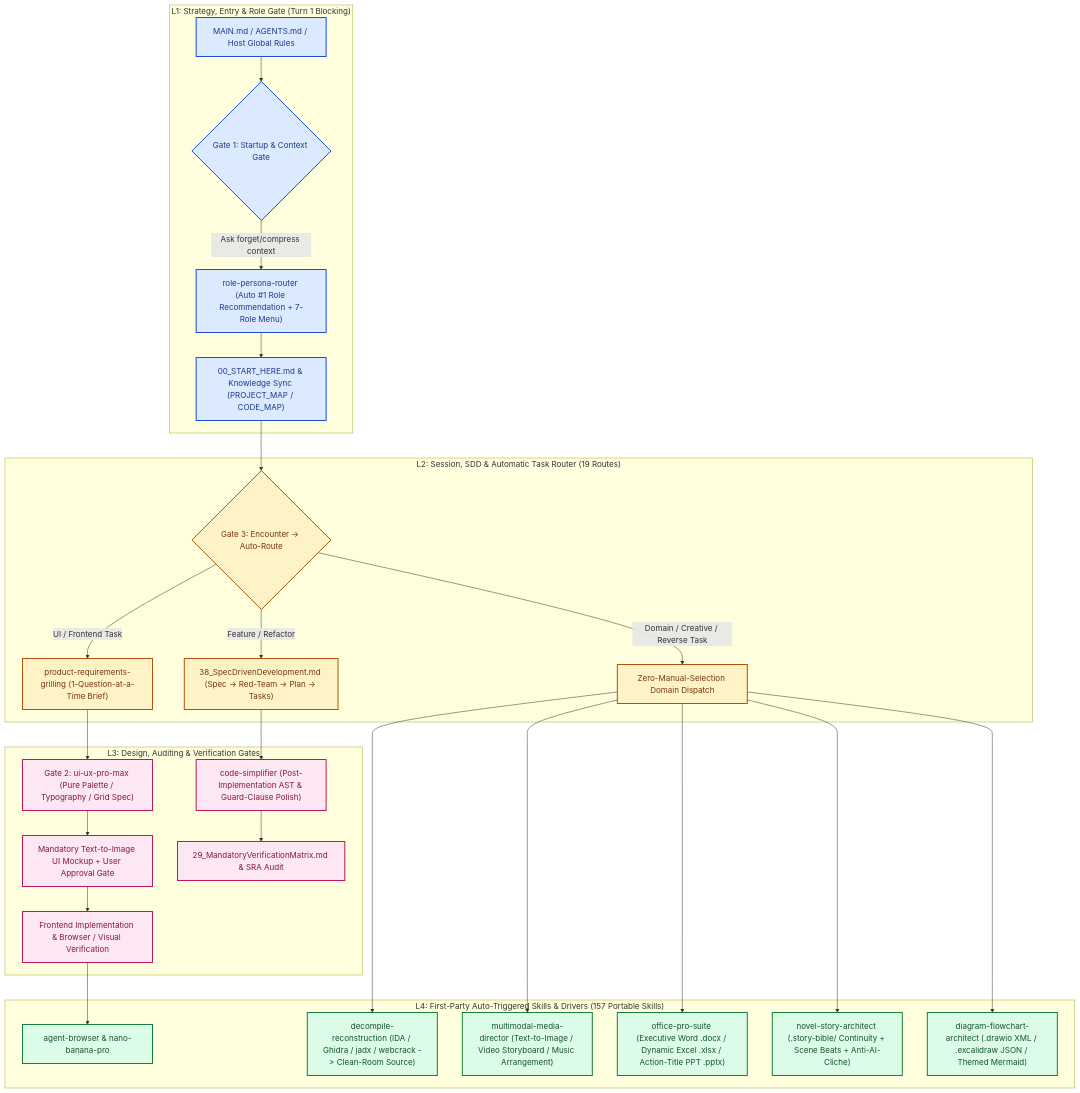
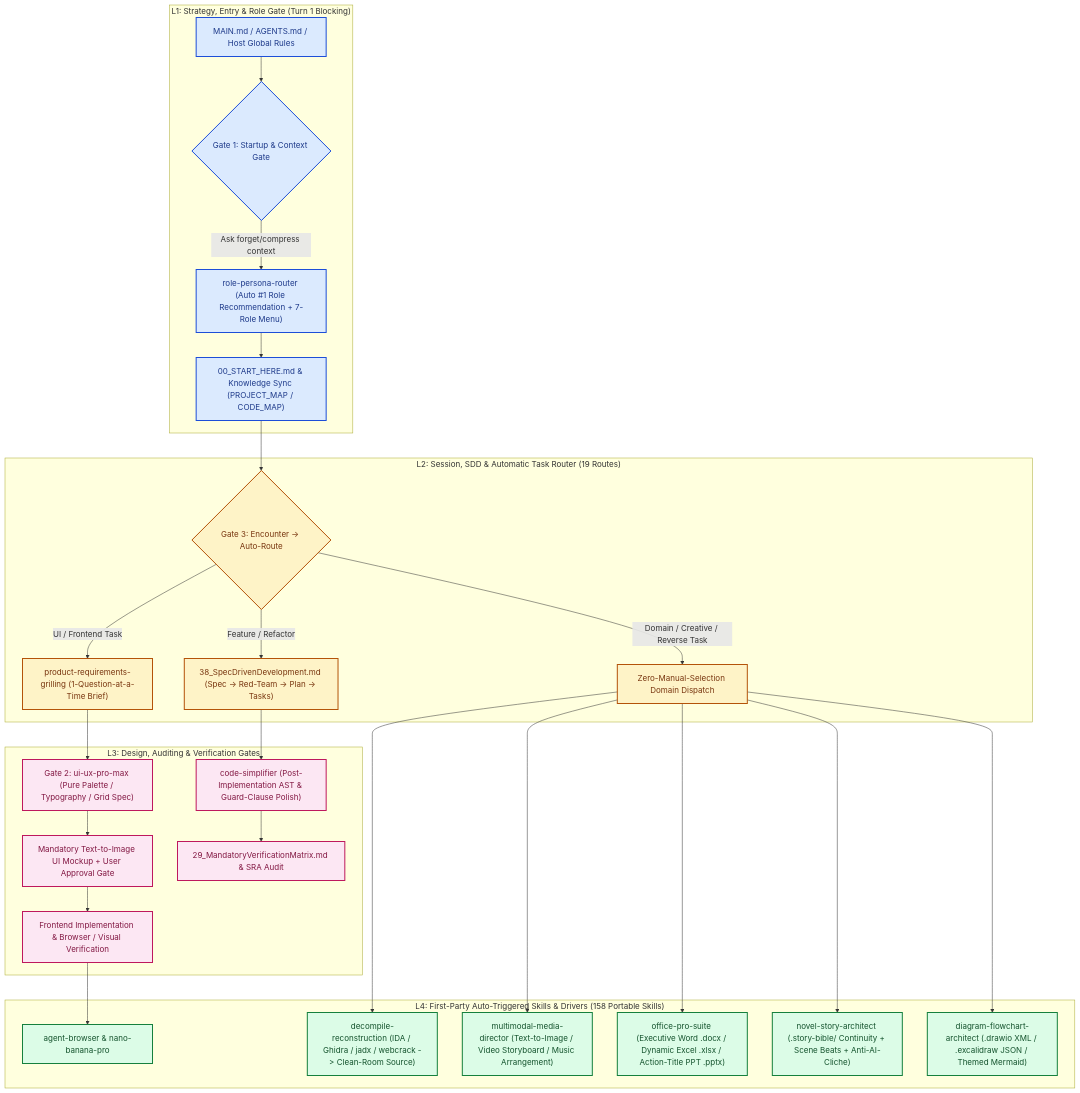
One commit to UIhoshi/AgentLogic changed the first of 2 diagrams in README.md. Above: the diagram before and after it, drawn with Mermaid. The commit also changed other lines of this file and 9 other files, not shown here.

````diff
--- a/README.md
+++ b/README.md
@@ -50,42 +50,42 @@
 ```mermaid
 flowchart TD
     subgraph L1 ["L1: Strategy, Entry & Role Gate (Turn 1 Blocking)"]
         Entry["MAIN.md / AGENTS.md / Host Global Rules"] --> Gate1{"Gate 1: Startup & Context Gate"}
         Gate1 -->|"Ask forget/compress context"| RoleRouter["role-persona-router (Auto #1 Role Recommendation + 7-Role Menu)"]
         RoleRouter --> Check["00_START_HERE.md & Knowledge Sync (PROJECT_MAP / CODE_MAP)"]
     end
 
     subgraph L2 ["L2: Session, SDD & Automatic Task Router (19 Routes)"]
         Check --> Router{"Gate 3: Encounter -> Auto-Route"}
         Router -->|"UI / Frontend Task"| Grilling["product-requirements-grilling (1-Question-at-a-Time Brief)"]
         Router -->|"Feature / Refactor"| SDD["38_SpecDrivenDevelopment.md (Spec -> Red-Team -> Plan -> Tasks)"]
         Router -->|"Domain / Creative / Reverse Task"| DomainDispatch["Zero-Manual-Selection Domain Dispatch"]
     end
 
     subgraph L3 ["L3: Design, Auditing & Verification Gates"]
         Grilling --> UIProMax["Gate 2: ui-ux-pro-max (Pure Palette / Typography / Grid Spec)"]
         UIProMax --> MockupGate["Mandatory Text-to-Image UI Mockup + User Approval Gate"]
         MockupGate --> UIImpl["Frontend Implementation & Browser / Visual Verification"]
         SDD --> CodeSimp["code-simplifier (Post-Implementation AST & Guard-Clause Polish)"]
         CodeSimp --> Verify["29_MandatoryVerificationMatrix.md & SRA Audit"]
     end
 
-    subgraph L4 ["L4: First-Party Auto-Triggered Skills & Drivers (157 Portable Skills)"]
+    subgraph L4 ["L4: First-Party Auto-Triggered Skills & Drivers (158 Portable Skills)"]
         UIImpl --> BrowserSkill["agent-browser & nano-banana-pro"]
         DomainDispatch --> Decompile["decompile-reconstruction (IDA / Ghidra / jadx / webcrack -> Clean-Room Source)"]
         DomainDispatch --> MediaDir["multimodal-media-director (Text-to-Image / Video Storyboard / Music Arrangement)"]
         DomainDispatch --> OfficePro["office-pro-suite (Executive Word .docx / Dynamic Excel .xlsx / Action-Title PPT .pptx)"]
         DomainDispatch --> NovelArch["novel-story-architect (.story-bible/ Continuity + Scene Beats + Anti-AI-Cliche)"]
         DomainDispatch --> DiagramArch["diagram-flowchart-architect (.drawio XML / .excalidraw JSON / Themed Mermaid)"]
     end
 
     classDef l1 fill:#dbeafe,stroke:#1d4ed8,color:#1e3a8a,stroke-width:2px
     classDef l2 fill:#fef3c7,stroke:#b45309,color:#78350f,stroke-width:2px
     classDef l3 fill:#fce7f3,stroke:#be185d,color:#831843,stroke-width:2px
     classDef l4 fill:#dcfce7,stroke:#15803d,color:#14532d,stroke-width:2px
 
     class Entry,Gate1,RoleRouter,Check l1
     class Router,Grilling,SDD,DomainDispatch l2
     class UIProMax,MockupGate,UIImpl,CodeSimp,Verify l3
     class BrowserSkill,Decompile,MediaDir,OfficePro,NovelArch,DiagramArch l4
 ```
````
